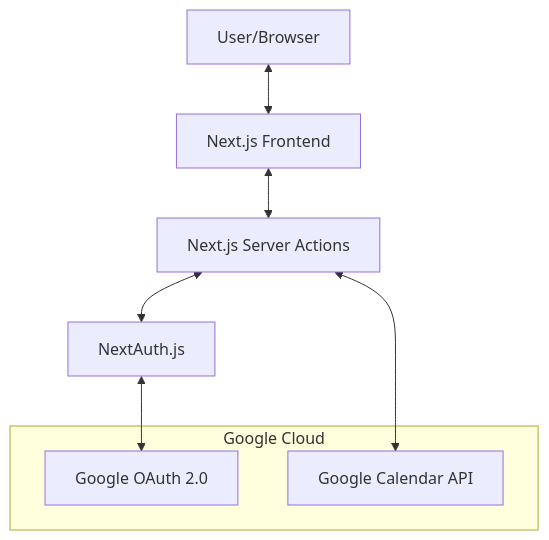
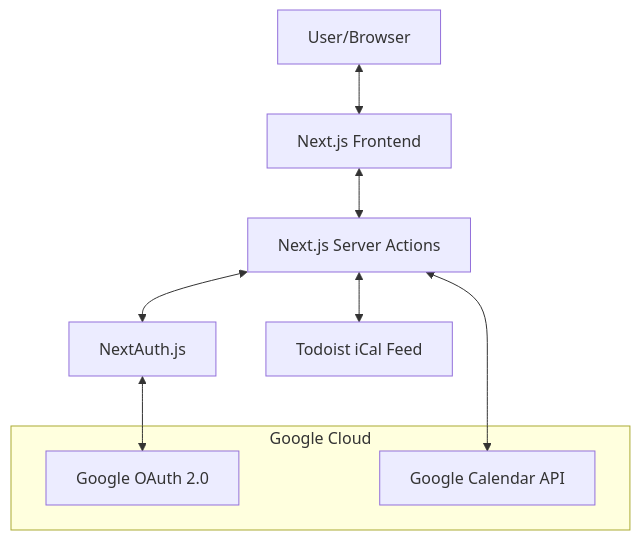
One commit to NilsGolembiewski/google-calender-dashboard changed the first of 2 diagrams in project_architecture.md. Above: the diagram before and after it, drawn with Mermaid. The commit also changed other lines of this file and 16 other files, not shown here.

````diff
--- a/project_architecture.md
+++ b/project_architecture.md
@@ -11,13 +11,14 @@
 ```mermaid
 graph TD
     User[User/Browser] <--> Frontend[Next.js Frontend]
     Frontend <--> ServerActions[Next.js Server Actions]
     ServerActions <--> NextAuth[NextAuth.js]
+    ServerActions <--> TodoistAPI[Todoist iCal Feed]
     NextAuth <--> GoogleOAuth[Google OAuth 2.0]
     ServerActions <--> GoogleAPI[Google Calendar API]
     
     subgraph "Google Cloud"
         GoogleOAuth
         GoogleAPI
     end
 ```
````
